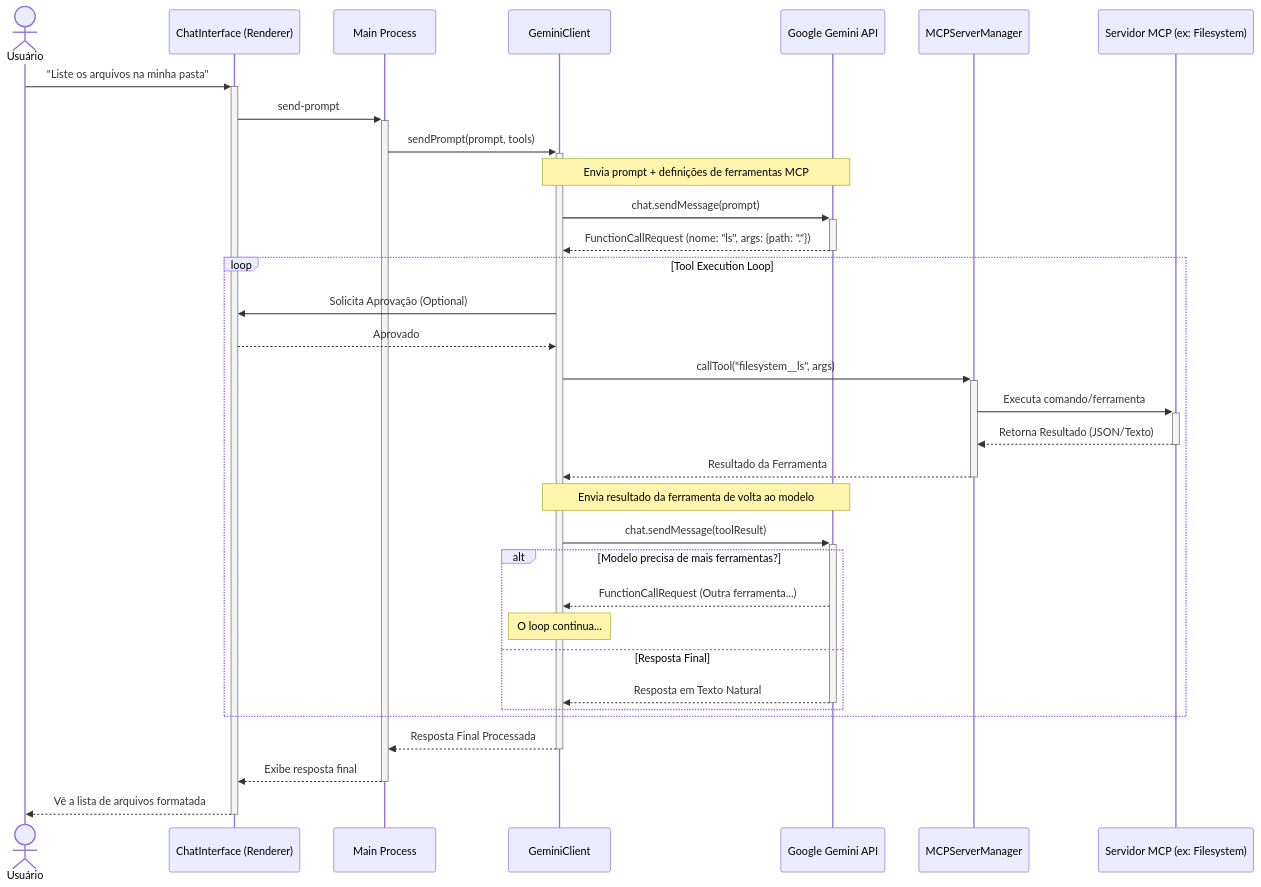
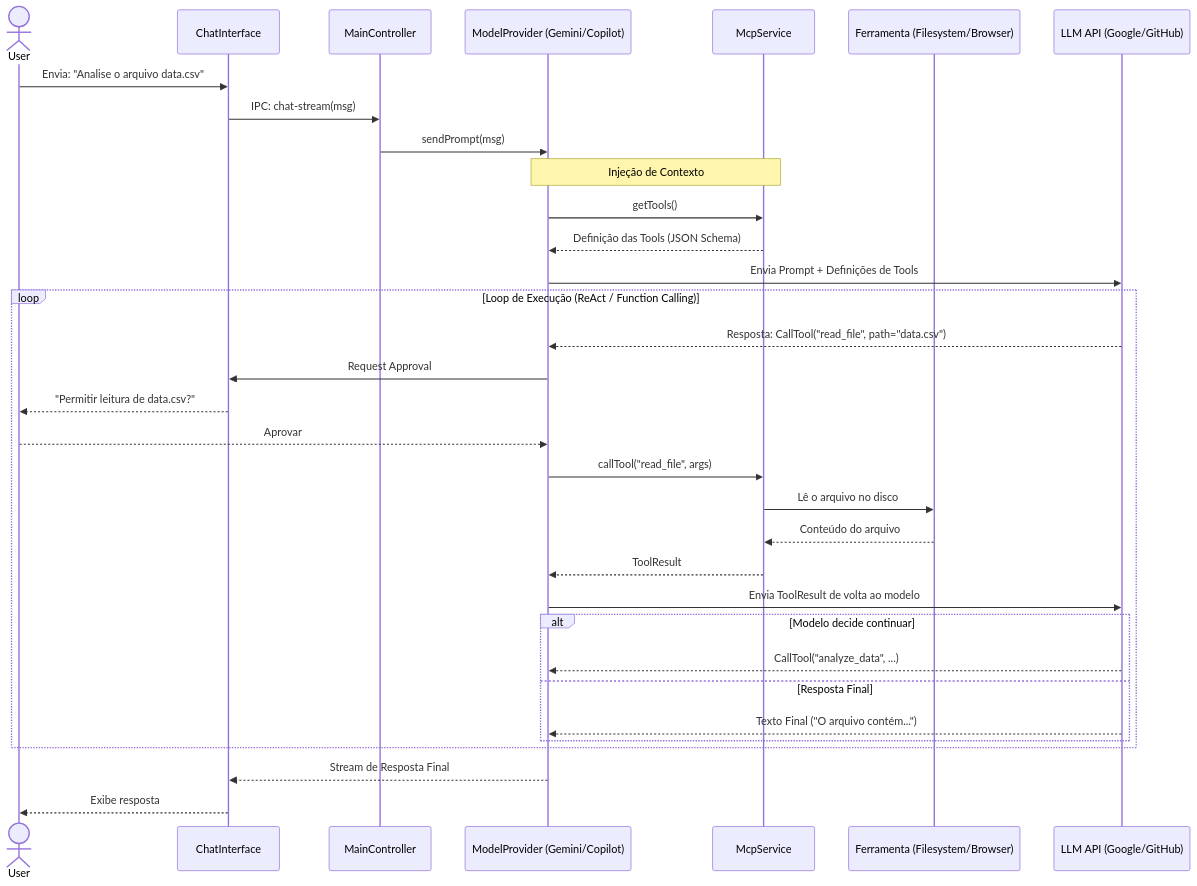
The third of 3 diagrams in ARCHITECTURE.md (marcos2872/gemini-chat), drawn with Mermaid before and after one commit. The commit also changed other lines of this file, not shown here.

Commit message:
doc: Update architecture document to detail multi-model support (Gemini/Copilot), Controller-Service pattern, and modularized Main process with TypeScript and a typed IPC bridge.

````diff
--- a/ARCHITECTURE.md
+++ b/ARCHITECTURE.md
@@ -52,43 +97,44 @@
 ```mermaid
 sequenceDiagram
-    actor User as Usuário
-    participant UI as ChatInterface (Renderer)
-    participant Main as Main Process
-    participant Gemini as GeminiClient
-    participant API as Google Gemini API
-    participant MCP as MCPServerManager
-    participant Server as Servidor MCP (ex: Filesystem)
+    actor User
+    participant UI as ChatInterface
+    participant Main as MainController
+    participant Provider as ModelProvider (Gemini/Copilot)
+    participant MCP as McpService
+    participant Tool as Ferramenta (Filesystem/Browser)
+    participant API as LLM API (Google/GitHub)
 
-    User->>+UI: "Liste os arquivos na minha pasta"
-    UI->>+Main: send-prompt
-    Main->>+Gemini: sendPrompt(prompt, tools)
+    User->>UI: Envia: "Analise o arquivo data.csv"
+    UI->>Main: IPC: chat-stream(msg)
+    Main->>Provider: sendPrompt(msg)
     
-    Note over Gemini, API: Envia prompt + definições de ferramentas MCP
-    Gemini->>+API: chat.sendMessage(prompt)
+    Note over Provider, MCP: Injeção de Contexto
+    Provider->>MCP: getTools()
+    MCP-->>Provider: Definição das Tools (JSON Schema)
     
-    API-->>-Gemini: FunctionCallRequest (nome: "ls", args: {path: "."})
+    Provider->>API: Envia Prompt + Definições de Tools
     
-    loop Tool Execution Loop
-        Gemini->>UI: Solicita Aprovação (Optional)
-        UI-->>Gemini: Aprovado
+    loop Loop de Execução (ReAct / Function Calling)
+        API-->>Provider: Resposta: CallTool("read_file", path="data.csv")
         
-        Gemini->>+MCP: callTool("filesystem__ls", args)
-        MCP->>+Server: Executa comando/ferramenta
-        Server-->>-MCP: Retorna Resultado (JSON/Texto)
-        MCP-->>-Gemini: Resultado da Ferramenta
+        Provider->>UI: Request Approval
+        UI-->>User: "Permitir leitura de data.csv?"
+        User-->>Provider: Aprovar
         
-        Note over Gemini, API: Envia resultado da ferramenta de volta ao modelo
-        Gemini->>+API: chat.sendMessage(toolResult)
+        Provider->>MCP: callTool("read_file", args)
+        MCP->>Tool: Lê o arquivo no disco
+        Tool-->>MCP: Conteúdo do arquivo
+        MCP-->>Provider: ToolResult
         
-        alt Modelo precisa de mais ferramentas?
-            API-->>Gemini: FunctionCallRequest (Outra ferramenta...)
-            Note over Gemini: O loop continua...
+        Provider->>API: Envia ToolResult de volta ao modelo
+        
+        alt Modelo decide continuar
+            API-->>Provider: CallTool("analyze_data", ...)
         else Resposta Final
-            API-->>-Gemini: Resposta em Texto Natural
+            API-->>Provider: Texto Final ("O arquivo contém...")
         end
     end
     
-    Gemini-->>-Main: Resposta Final Processada
-    Main-->>-UI: Exibe resposta final
-    UI-->>-User: Vê a lista de arquivos formatada
+    Provider-->>UI: Stream de Resposta Final
+    UI-->>User: Exibe resposta
 ```
````
